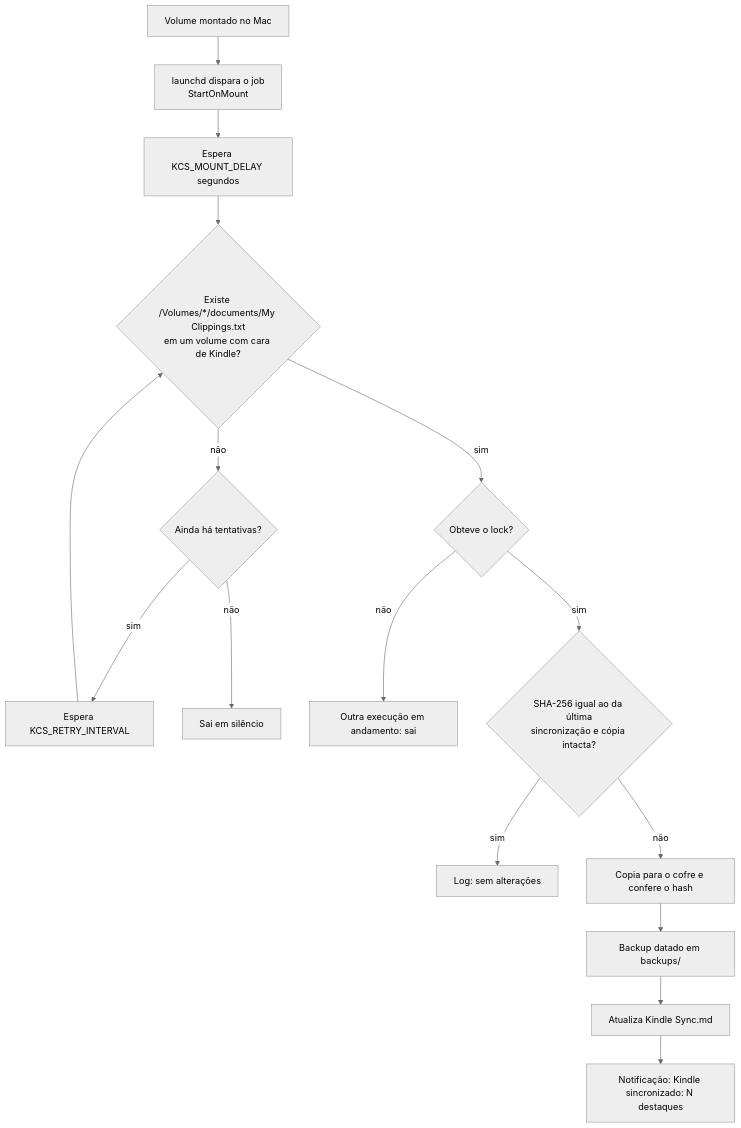
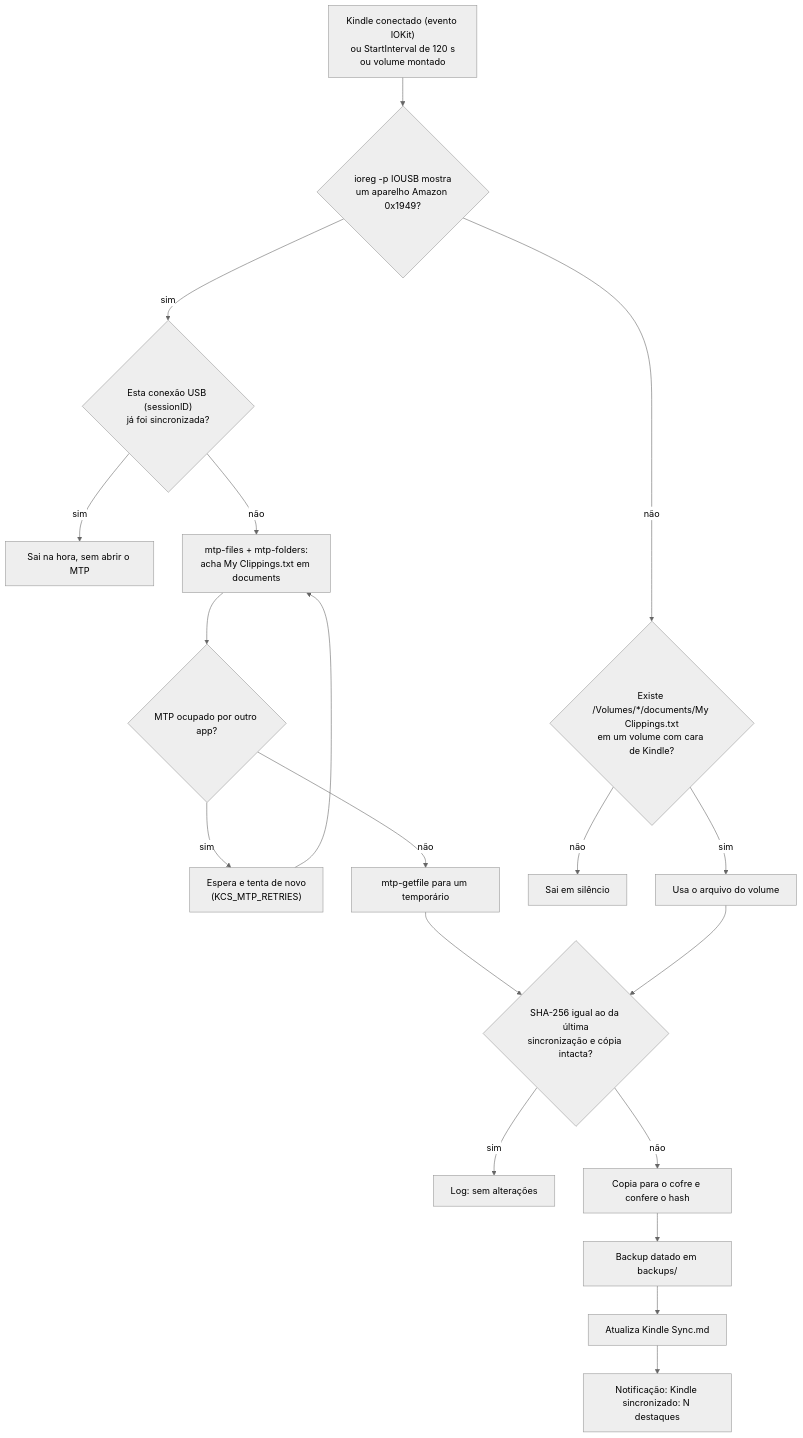
The diagram in README.md (gabrieldesousah/kindle-clippings-sync), drawn with Mermaid (neutral theme) before and after one commit. The commit also changed other lines of this file and 15 other files, not shown here.

First line of the commit message:
Suporte a Kindle MTP (libmtp) com gatilho USB via IOKit e StartInterval de reserva

````diff
--- a/README.md
+++ b/README.md
@@ -22,17 +28,20 @@
 ```mermaid
 flowchart TD
-    A["Volume montado no Mac"] --> B["launchd dispara o job<br/>StartOnMount"]
-    B --> C["Espera KCS_MOUNT_DELAY segundos"]
-    C --> D{"Existe /Volumes/*/documents/My Clippings.txt<br/>em um volume com cara de Kindle?"}
-    D -- não --> E{"Ainda há tentativas?"}
-    E -- sim --> C2["Espera KCS_RETRY_INTERVAL"] --> D
-    E -- não --> Z["Sai em silêncio"]
-    D -- sim --> F{"Obteve o lock?"}
-    F -- não --> Z2["Outra execução em andamento: sai"]
-    F -- sim --> G{"SHA-256 igual ao da última<br/>sincronização e cópia intacta?"}
-    G -- sim --> H["Log: sem alterações"]
-    G -- não --> I["Copia para o cofre e confere o hash"]
-    I --> J["Backup datado em backups/"]
-    J --> K["Atualiza Kindle Sync.md"]
-    K --> L["Notificação: Kindle sincronizado: N destaques"]
+    A["Kindle conectado (evento IOKit)<br/>ou StartInterval de 120 s<br/>ou volume montado"] --> B{"ioreg -p IOUSB mostra<br/>um aparelho Amazon 0x1949?"}
+    B -- sim --> C{"Esta conexão USB (sessionID)<br/>já foi sincronizada?"}
+    C -- sim --> Z1["Sai na hora, sem abrir o MTP"]
+    C -- não --> D["mtp-files + mtp-folders:<br/>acha My Clippings.txt em documents"]
+    D --> E{"MTP ocupado por outro app?"}
+    E -- sim --> F["Espera e tenta de novo<br/>(KCS_MTP_RETRIES)"] --> D
+    E -- não --> G["mtp-getfile para um temporário"]
+    B -- não --> H{"Existe /Volumes/*/documents/My Clippings.txt<br/>em um volume com cara de Kindle?"}
+    H -- não --> Z2["Sai em silêncio"]
+    H -- sim --> I["Usa o arquivo do volume"]
+    G --> J{"SHA-256 igual ao da última<br/>sincronização e cópia intacta?"}
+    I --> J
+    J -- sim --> K["Log: sem alterações"]
+    J -- não --> L["Copia para o cofre e confere o hash"]
+    L --> M["Backup datado em backups/"]
+    M --> N["Atualiza Kindle Sync.md"]
+    N --> O["Notificação: Kindle sincronizado: N destaques"]
 ```
````
